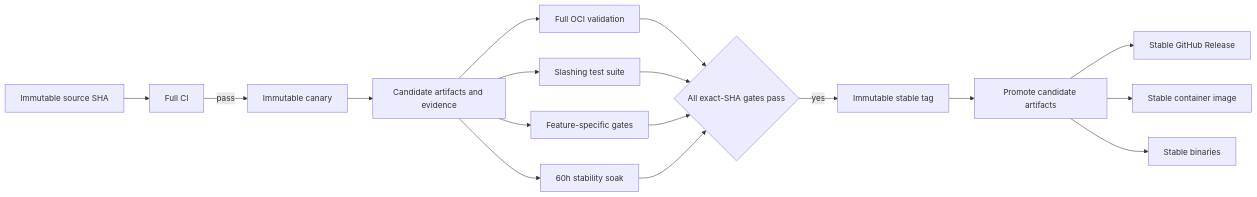
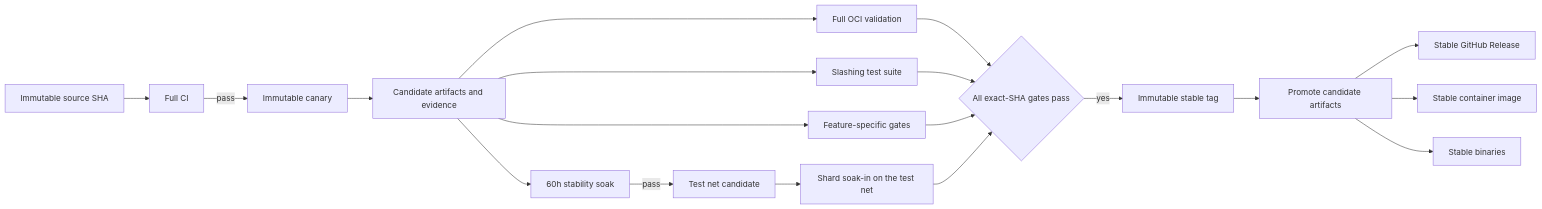
One commit to F1R3FLY-io/f1r3node-rust changed the first of 3 diagrams in docs/release-process.md. Above: the diagram before and after it, drawn with Mermaid. The commit also changed other lines of this file and 4 other files, not shown here.

First line of the commit message:
docs(release): propose test net candidate entry and mixed-release test net shards

````diff
--- a/docs/release-process.md
+++ b/docs/release-process.md
@@ -43,19 +43,21 @@
 ```mermaid
 flowchart LR
     A[Immutable source SHA] --> B[Full CI]
     B -->|pass| C[Immutable canary]
     C --> D[Candidate artifacts and evidence]
     D --> E[Full OCI validation]
     D --> F[Slashing test suite]
     D --> G[Feature-specific gates]
     D --> H[60h stability soak]
+    H -->|pass| T[Test net candidate]
+    T --> S[Shard soak-in on the test net]
     E --> I{All exact-SHA gates pass}
     F --> I
     G --> I
-    H --> I
+    S --> I
     I -->|yes| J[Immutable stable tag]
     J --> K[Promote candidate artifacts]
     K --> L[Stable GitHub Release]
     K --> M[Stable container image]
     K --> N[Stable binaries]
 ```
````
